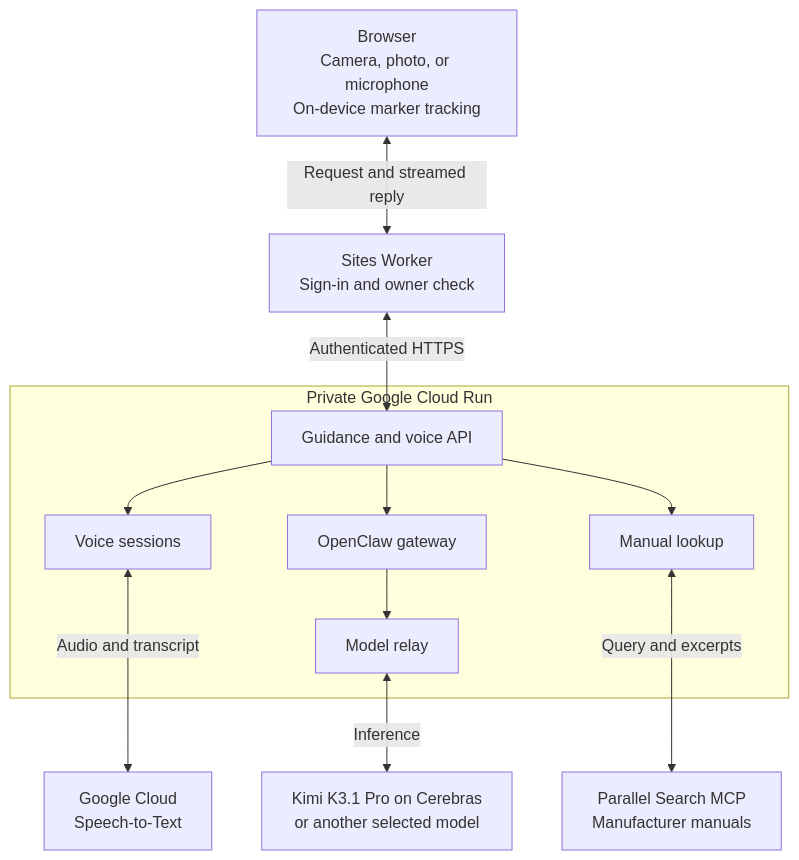
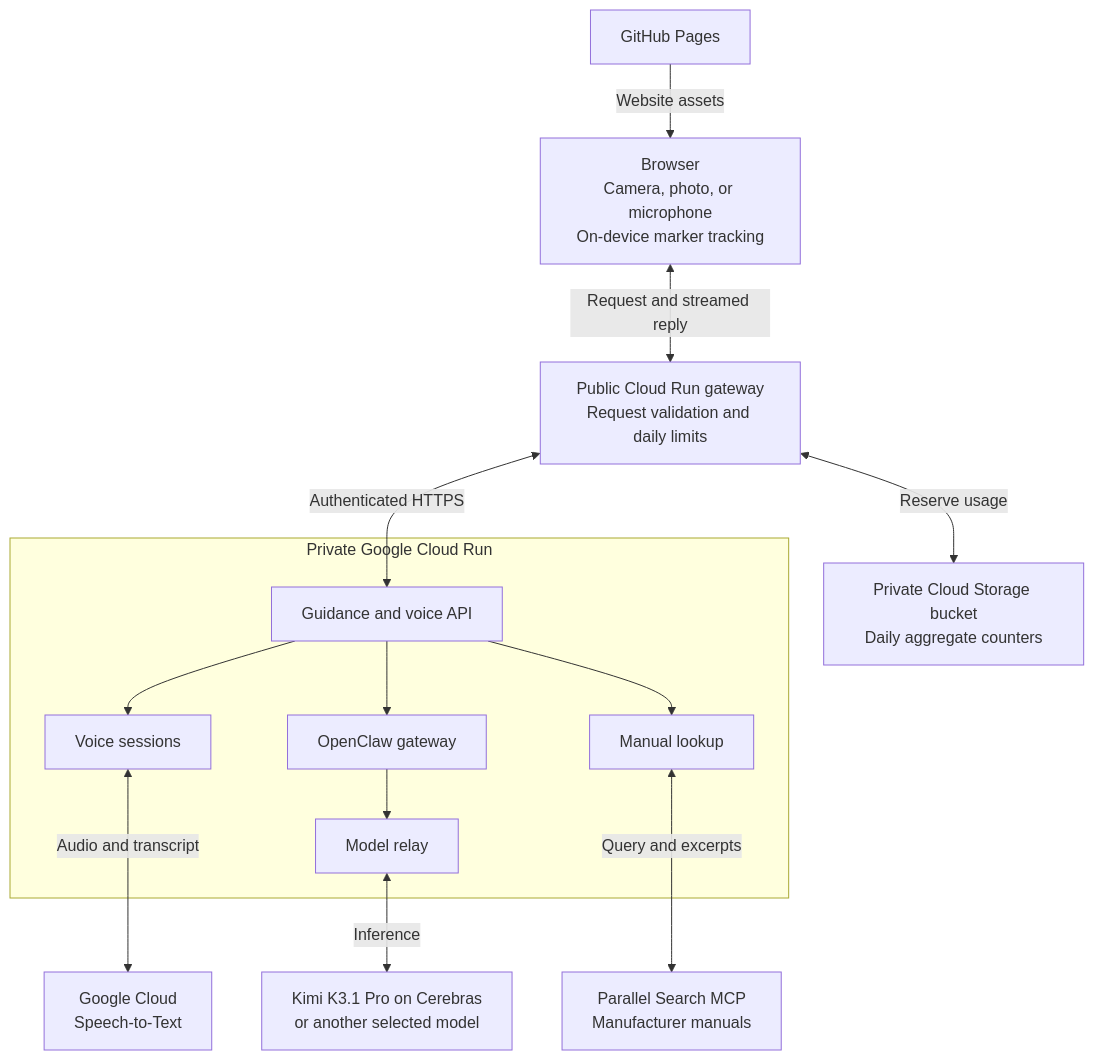
Before and after one commit to gylu/proxima-ar: the diagram in README.md, drawn with Mermaid. The commit also changed other lines of this file and 15 other files, not shown here.

Commit message:
Serve the public demo on GitHub Pages with durable cloud usage limits

````diff
--- a/README.md
+++ b/README.md
@@ -7,23 +9,25 @@
 ```mermaid
 flowchart TB
     accTitle: Proxima AR system architecture
-    accDescr: The browser tracks the marker locally. A signed-in request goes through the Sites Worker to a private Cloud Run service. OpenClaw calls the selected model through a relay. The service can also transcribe audio and look up manufacturer manuals.
+    accDescr: The browser tracks the marker locally. GitHub Pages serves the frontend. A public gateway checks a durable daily allowance before passing a request to a private Cloud Run service. OpenClaw calls the selected model through a relay. The service can also transcribe audio and look up manufacturer manuals.
     browser["Browser<br/>Camera, photo, or microphone<br/>On-device marker tracking"]
-    site["Sites Worker<br/>Sign-in and owner check"]
+    site["Public Cloud Run gateway<br/>Request validation and daily limits"]
+    pages["GitHub Pages"] -->|"Website assets"| browser
+    site <-->|"Reserve usage"| quota["Private Cloud Storage bucket<br/>Daily aggregate counters"]
     subgraph cloud["Private Google Cloud Run"]
         api["Guidance and voice API"]
         voice["Voice sessions"]
         claw["OpenClaw gateway"]
         relay["Model relay"]
         lookup["Manual lookup"]
         api --> voice
         api --> claw
         claw --> relay
         api --> lookup
     end
     browser <-->|"Request and streamed reply"| site
     site <-->|"Authenticated HTTPS"| api
     voice <--->|"Audio and transcript"| speech["Google Cloud<br/>Speech-to-Text"]
     relay <-->|"Inference"| model["Kimi K3.1 Pro on Cerebras<br/>or another selected model"]
     lookup <--->|"Query and excerpts"| docs["Parallel Search MCP<br/>Manufacturer manuals"]
 ```
````
